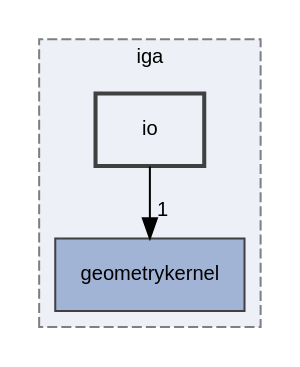
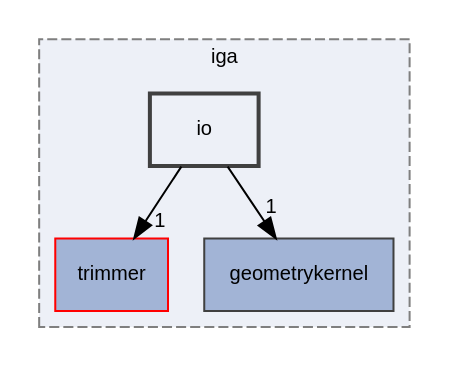
Before and after one commit to rath3t/dune-iga-doc: the diagram in dir_c3ccff8517fbe337b2b8ad503c3a1590_dep.dot, drawn with Graphviz. The commit also changed 69 other files, not shown here.

```diff
--- a/dir_c3ccff8517fbe337b2b8ad503c3a1590_dep.dot
+++ b/dir_c3ccff8517fbe337b2b8ad503c3a1590_dep.dot
@@ -1,13 +1,15 @@
 digraph "io"
 {
  // LATEX_PDF_SIZE
   edge [fontname="Helvetica",fontsize="10",labelfontname="Helvetica",labelfontsize="10"];
   node [fontname="Helvetica",fontsize="10",shape=record];
   compound=true
   subgraph clusterdir_d2a3c23294a1b1015b1b8e8721ddded8 {
     graph [ bgcolor="#edf0f7", pencolor="grey50", style="filled,dashed,", label="iga", fontname="Helvetica", fontsize="10", URL="dir_d2a3c23294a1b1015b1b8e8721ddded8.html"]
+  dir_7d0c370ab440c4b4f78419bfc8c93eb8 [shape=box, label="trimmer", style="filled,", fillcolor="#a2b4d6", color="red", URL="dir_7d0c370ab440c4b4f78419bfc8c93eb8.html"];
   dir_98571e7345f7327fea7723ec1a12d870 [shape=box, label="geometrykernel", style="filled,", fillcolor="#a2b4d6", color="grey25", URL="dir_98571e7345f7327fea7723ec1a12d870.html"];
   dir_c3ccff8517fbe337b2b8ad503c3a1590 [shape=box, label="io", style="filled,bold,", fillcolor="#edf0f7", color="grey25", URL="dir_c3ccff8517fbe337b2b8ad503c3a1590.html"];
   }
+  dir_c3ccff8517fbe337b2b8ad503c3a1590->dir_7d0c370ab440c4b4f78419bfc8c93eb8 [headlabel="1", labeldistance=1.5 headhref="dir_000013_000020.html"];
   dir_c3ccff8517fbe337b2b8ad503c3a1590->dir_98571e7345f7327fea7723ec1a12d870 [headlabel="1", labeldistance=1.5 headhref="dir_000013_000006.html"];
 }
```
